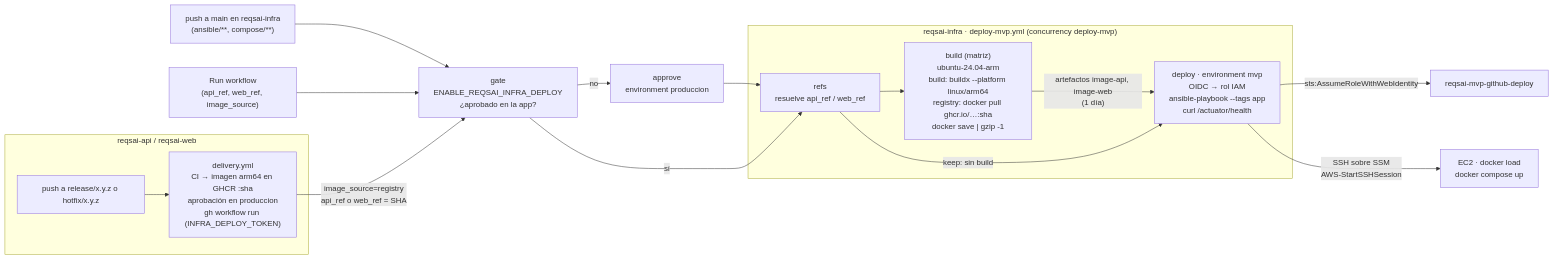
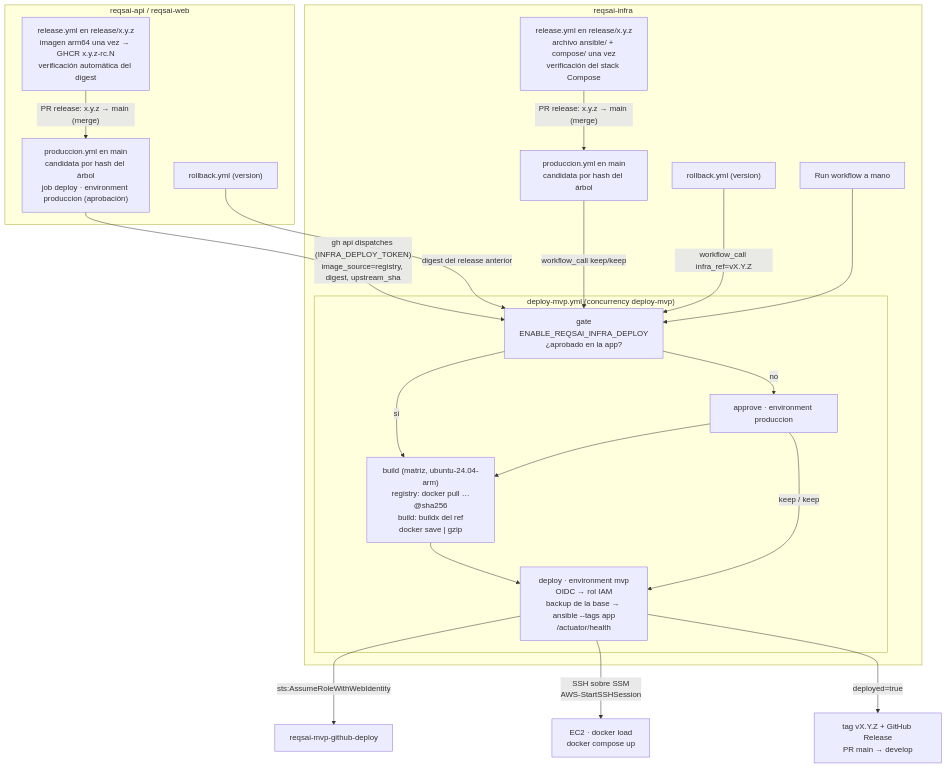
The second of 2 diagrams in docs/deploy-ec2-docker-compose.md (Kntro-Soft/reqsai-infra), drawn with Mermaid before and after one commit. The commit also changed other lines of this file and 1 other file, not shown here.

First line of the commit message:
docs: model C release flow, candidate verification, backup and rollback

````diff
--- a/docs/deploy-ec2-docker-compose.md
+++ b/docs/deploy-ec2-docker-compose.md
@@ -682,22 +686,27 @@
 ```mermaid
-flowchart LR
+flowchart TD
     subgraph apps["reqsai-api / reqsai-web"]
-        rel["push a release/x.y.z o hotfix/x.y.z"] --> appwf["delivery.yml<br/>CI → imagen arm64 en GHCR :sha<br/>aprobación en produccion<br/>gh workflow run (INFRA_DEPLOY_TOKEN)"]
+        arel["release.yml en release/x.y.z<br/>imagen arm64 una vez → GHCR x.y.z-rc.N<br/>verificación automática del digest"] -->|"PR release: x.y.z → main (merge)"| aprod["produccion.yml en main<br/>candidata por hash del árbol<br/>job deploy · environment produccion (aprobación)"]
+        arb["rollback.yml (version)"]
     end
-    manual["Run workflow<br/>(api_ref, web_ref, image_source)"]
-    infra["push a main en reqsai-infra<br/>(ansible/**, compose/**)"] --> gate
+    subgraph infra["reqsai-infra"]
+        irel["release.yml en release/x.y.z<br/>archivo ansible/ + compose/ una vez<br/>verificación del stack Compose"] -->|"PR release: x.y.z → main (merge)"| iprod["produccion.yml en main<br/>candidata por hash del árbol"]
+        irb["rollback.yml (version)"]
+        manual["Run workflow a mano"]
+        subgraph wf["deploy-mvp.yml (concurrency deploy-mvp)"]
+            gate["gate<br/>ENABLE_REQSAI_INFRA_DEPLOY<br/>¿aprobado en la app?"] -->|"no"| approve["approve · environment produccion"]
+            gate -->|"sí"| build
+            approve --> build["build (matriz, ubuntu-24.04-arm)<br/>registry: docker pull …@sha256<br/>build: buildx del ref<br/>docker save | gzip"]
+            build --> deploy["deploy · environment mvp<br/>OIDC → rol IAM<br/>backup de la base → ansible --tags app<br/>/actuator/health"]
+            approve -->|"keep / keep"| deploy
+        end
+    end
+    aprod -->|"gh api dispatches (INFRA_DEPLOY_TOKEN)<br/>image_source=registry, digest, upstream_sha"| gate
+    arb -->|"digest del release anterior"| gate
+    iprod -->|"workflow_call keep/keep"| gate
+    irb -->|"workflow_call infra_ref=vX.Y.Z"| gate
     manual --> gate
-    appwf -->|"image_source=registry<br/>api_ref o web_ref = SHA"| gate
-    gate["gate<br/>ENABLE_REQSAI_INFRA_DEPLOY<br/>¿aprobado en la app?"] -->|"no"| approve["approve<br/>environment produccion"] --> refs
-    gate -->|"sí"| refs
-
-    subgraph wf["reqsai-infra · deploy-mvp.yml (concurrency deploy-mvp)"]
-        refs["refs<br/>resuelve api_ref / web_ref"] --> build["build (matriz)<br/>ubuntu-24.04-arm<br/>build: buildx --platform linux/arm64<br/>registry: docker pull ghcr.io/…:sha<br/>docker save | gzip -1"]
-        build -->|"artefactos image-api, image-web<br/>(1 día)"| deploy
-        refs -->|"keep: sin build"| deploy
-        deploy["deploy · environment mvp<br/>OIDC → rol IAM<br/>ansible-playbook --tags app<br/>curl /actuator/health"]
-    end
-
     deploy -->|"sts:AssumeRoleWithWebIdentity"| role["reqsai-mvp-github-deploy"]
     deploy -->|"SSH sobre SSM<br/>AWS-StartSSHSession"| ec2["EC2 · docker load<br/>docker compose up"]
+    deploy -->|"deployed=true"| tag["tag vX.Y.Z + GitHub Release<br/>PR main → develop"]
 ```
````
